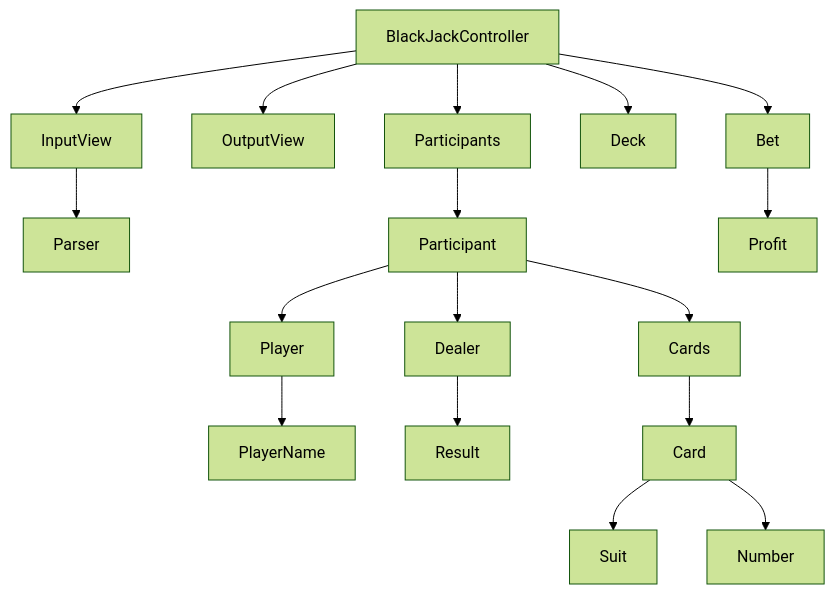
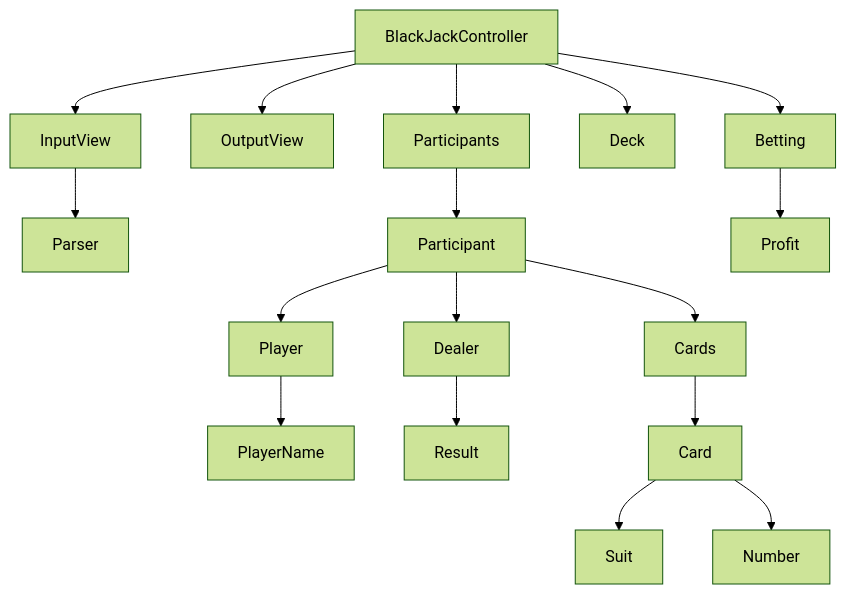
The diagram in README.md (woowacourse/java-blackjack), drawn with Mermaid (forest theme) before and after one commit. The commit also changed other lines of this file and 3 other files, not shown here.

````diff
--- a/README.md
+++ b/README.md
@@ -41,19 +41,19 @@
 ```mermaid
 graph TD
     BlackJackController --> InputView
     BlackJackController --> OutputView
     BlackJackController --> Participants
     BlackJackController --> Deck
-    BlackJackController --> Bet
+    BlackJackController --> Betting
     InputView --> Parser
     Participants --> Participant
-    Bet --> Profit
+    Betting --> Profit
     Participant --> Player
     Participant --> Dealer
     Participant --> Cards
     Player --> PlayerName
     Dealer --> Result
     Cards --> Card
     Card --> Suit
     Card --> Number
 ```
````
